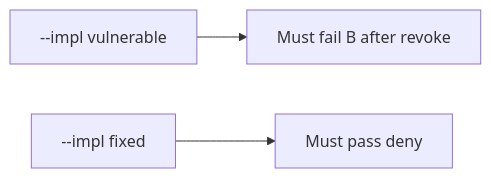
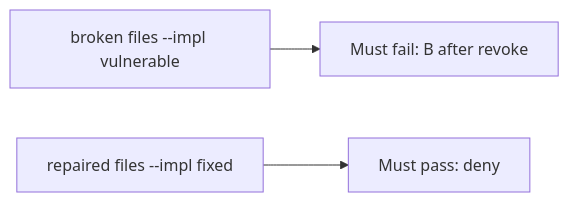
The diagram in content/modules/11/11/lessons/05-verify.md (ishitvagoel/LearnSecurity), drawn with Mermaid before and after one commit. The commit also changed other lines of this file and 55 other files, not shown here.

````diff
--- a/content/modules/11/11/lessons/05-verify.md
+++ b/content/modules/11/11/lessons/05-verify.md
@@ -15,5 +14,5 @@
 ```mermaid
 flowchart LR
-  V["--impl vulnerable"] --> F["Must fail B after revoke"]
-  X["--impl fixed"] --> P["Must pass deny"]
+  V["broken files --impl vulnerable"] --> F[Must fail: B after revoke]
+  X["repaired files --impl fixed"] --> P[Must pass: deny]
 ```
````
